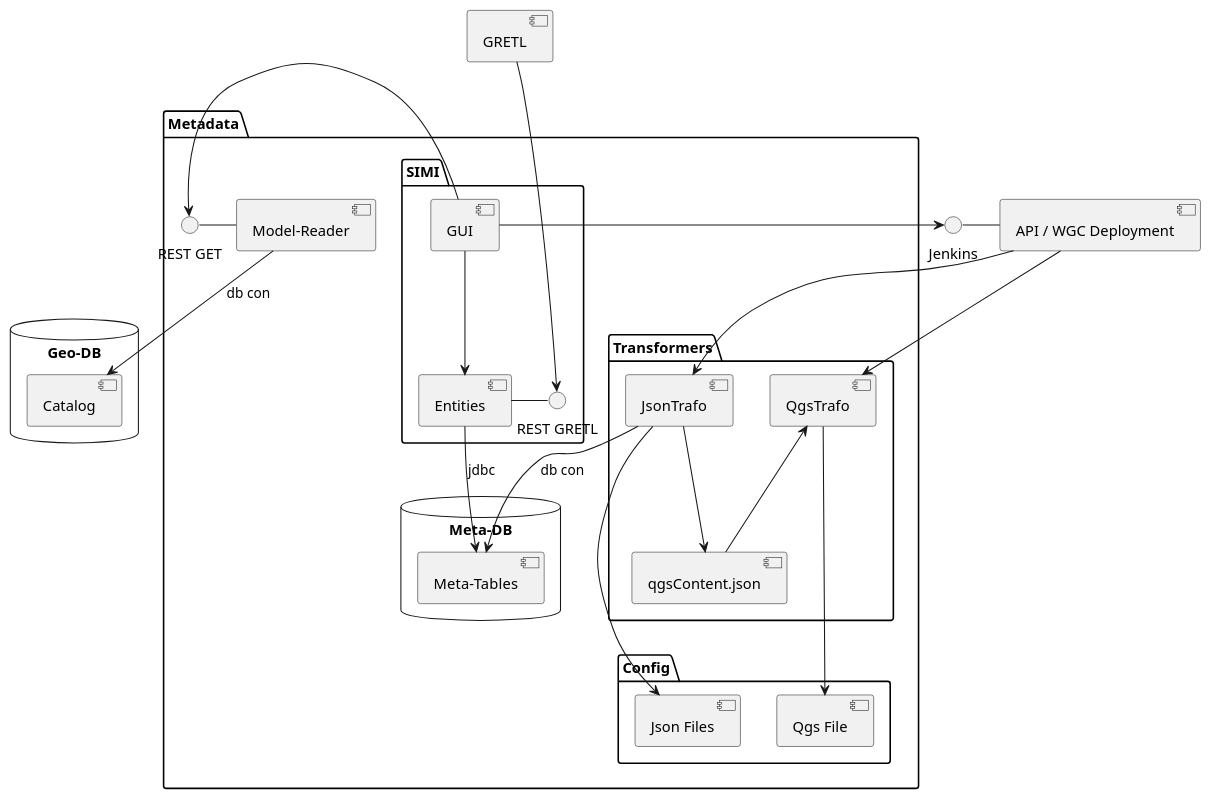
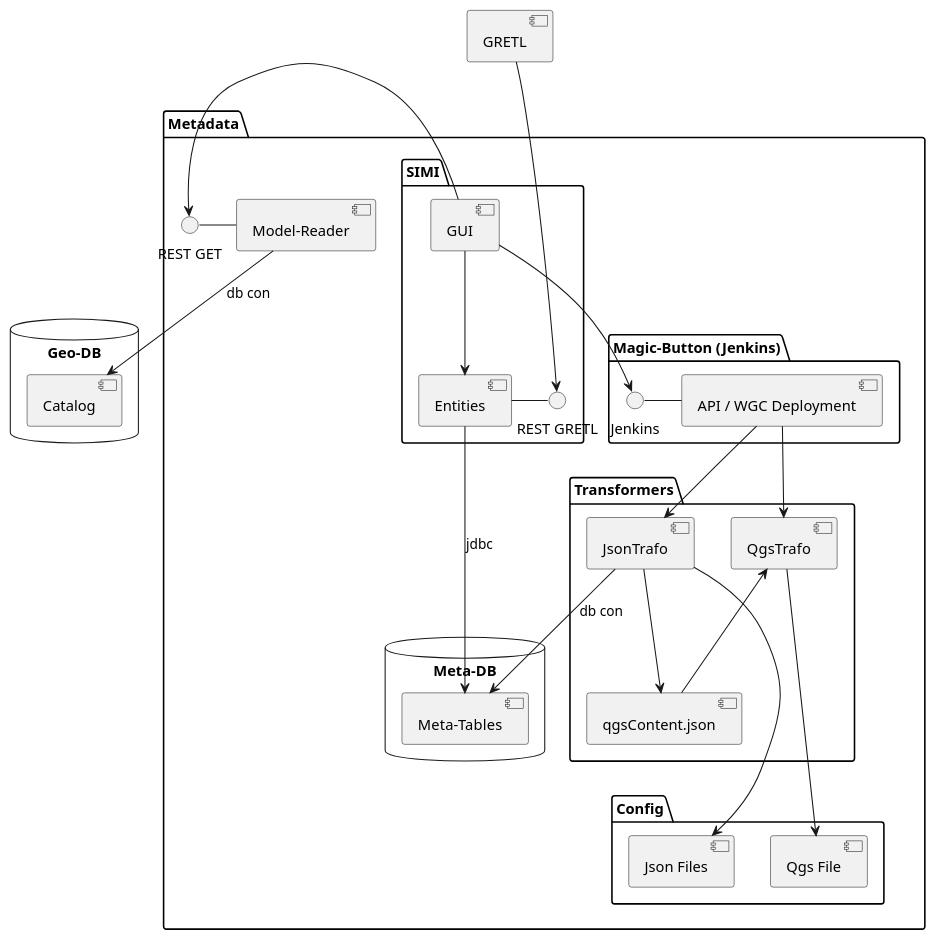
One commit to sogis/simi changed the diagram in mp/puml/src/components.puml. Above: the diagram before and after it, drawn with PlantUML. The commit also changed 2 other files, not shown here.

```diff
--- a/mp/puml/src/components.puml
+++ b/mp/puml/src/components.puml
@@ -1,64 +1,64 @@
 @startuml
 package "Metadata" {
     package "Transformers" {
         [JsonTrafo] as jt
         [QgsTrafo] as qt
         [qgsContent.json] as qj
 
         jt --> qj
         qj -up-> qt
     }
 
     package "Config" {
         [Json Files] as json
         [Qgs File] as qgs
     }
 
     package "SIMI" {
         [GUI] as gui
         [Entities] as class
         () "REST GRETL" as gi
 
         gui --> class
         gi - class
     }
 
+    package "Magic-Button (Jenkins)" {
+      [API / WGC Deployment] as pipe
+      () "Jenkins" as pi
+      pi - pipe
+    }
+
     database "Meta-DB" {
         [Meta-Tables] as mdb
     }
 
     together {
       [Model-Reader] as mr
       () "REST GET" as mri
       mr - mri
     }
     gui -left-> mri
 
     class --> mdb : jdbc
     jt --> mdb : db con
 
     jt --> json
     qt --> qgs
 }
 
 database "Geo-DB" {
     [Catalog] as cat
 }
 mr --> cat : db con
 
-together {
-  [API / WGC Deployment] as pipe
-  () "Jenkins" as pi
-  pi - pipe
-}
-
 gui --> pi
 pipe --> jt
 pipe --> qt
 
 [GRETL] as gretl
 gretl --> gi
 
 gretl -[hidden]-> gui
 qj -[hidden]-> json
 @enduml
```
